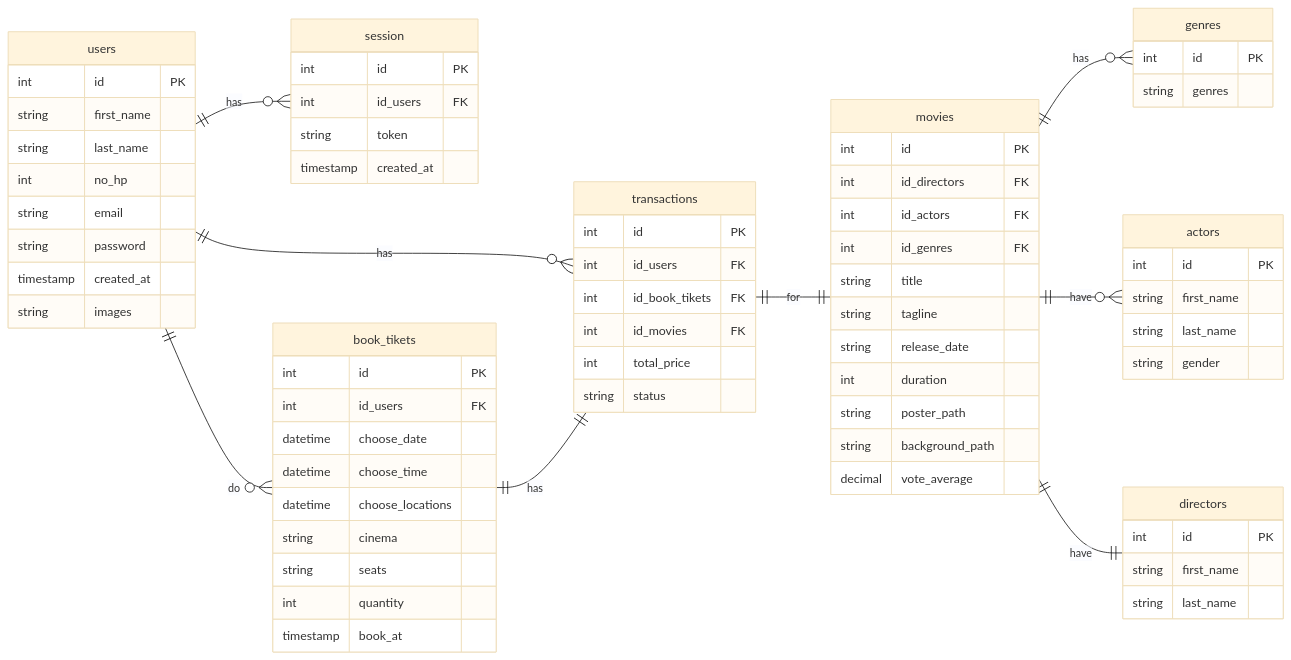
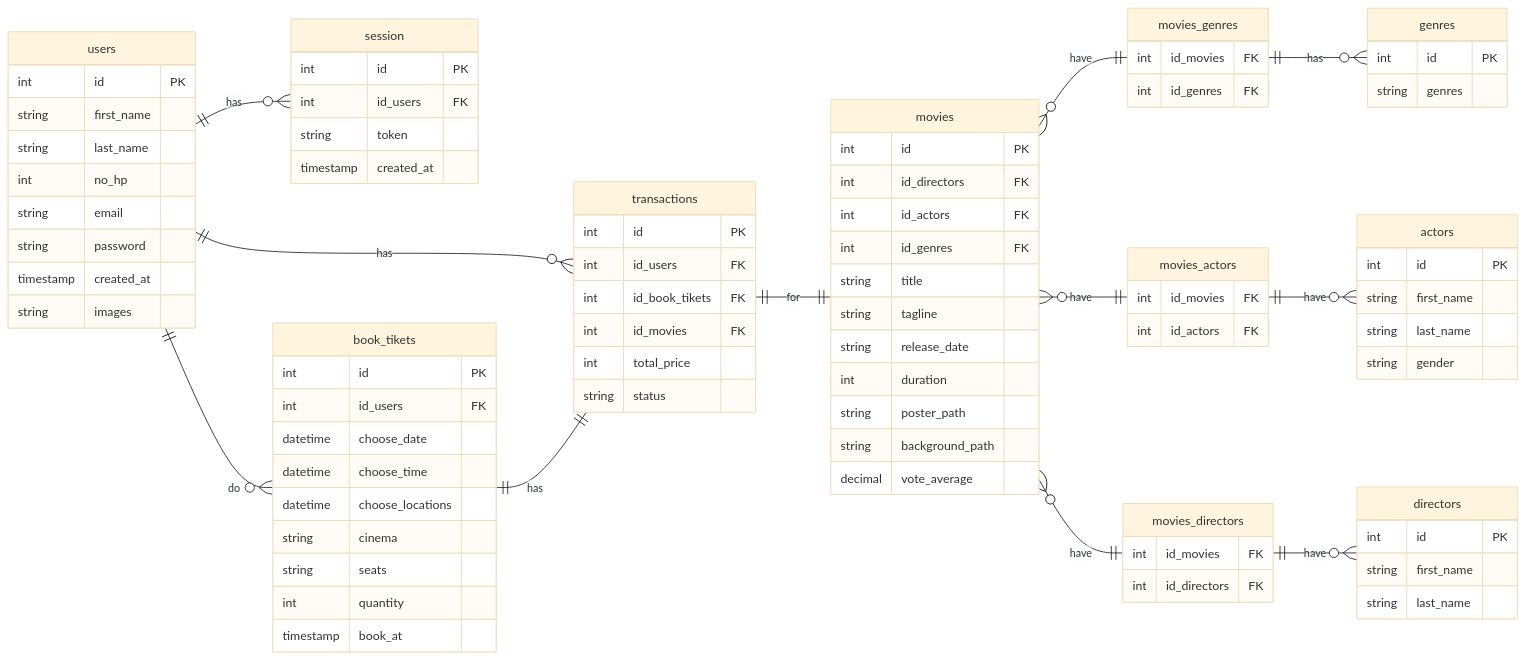
One commit to Dwaysetya/fgo24-db-weeklytask changed the diagram in README.md. Above: the diagram before and after it, drawn with Mermaid (base theme).

Commit message:
fix: update file readme

```diff
--- a/README.md
+++ b/README.md
@@ -11,9 +11,12 @@
 users ||--o{ transactions: has
 book_tikets ||--|| transactions: has
 
-movies ||--o{genres : has
-movies ||--o{actors : have
-movies ||--||directors : have
+movies_genres ||--o{genres : has
+movies_actors ||--o{actors : have
+movies_directors ||--o{directors : have
+movies }o--||movies_genres : have
+movies }o--||movies_actors : have
+movies }o--||movies_directors : have
 transactions ||--||movies : for
 
 users{
@@ -53,6 +56,11 @@
     string  genres
 }
 
+movies_genres{
+    int     id_movies   FK
+    int     id_genres   FK
+}
+
 actors {
     int     id          PK
     string  first_name
@@ -60,10 +68,20 @@
     string  gender
 }
 
+movies_actors{
+    int     id_movies   FK
+    int     id_actors   FK
+}
+
 directors {
     int     id          PK
     string  first_name
     string  last_name
+}
+
+movies_directors {
+    int     id_movies       FK
+    int     id_directors    FK
 }
 
 book_tikets{
```
